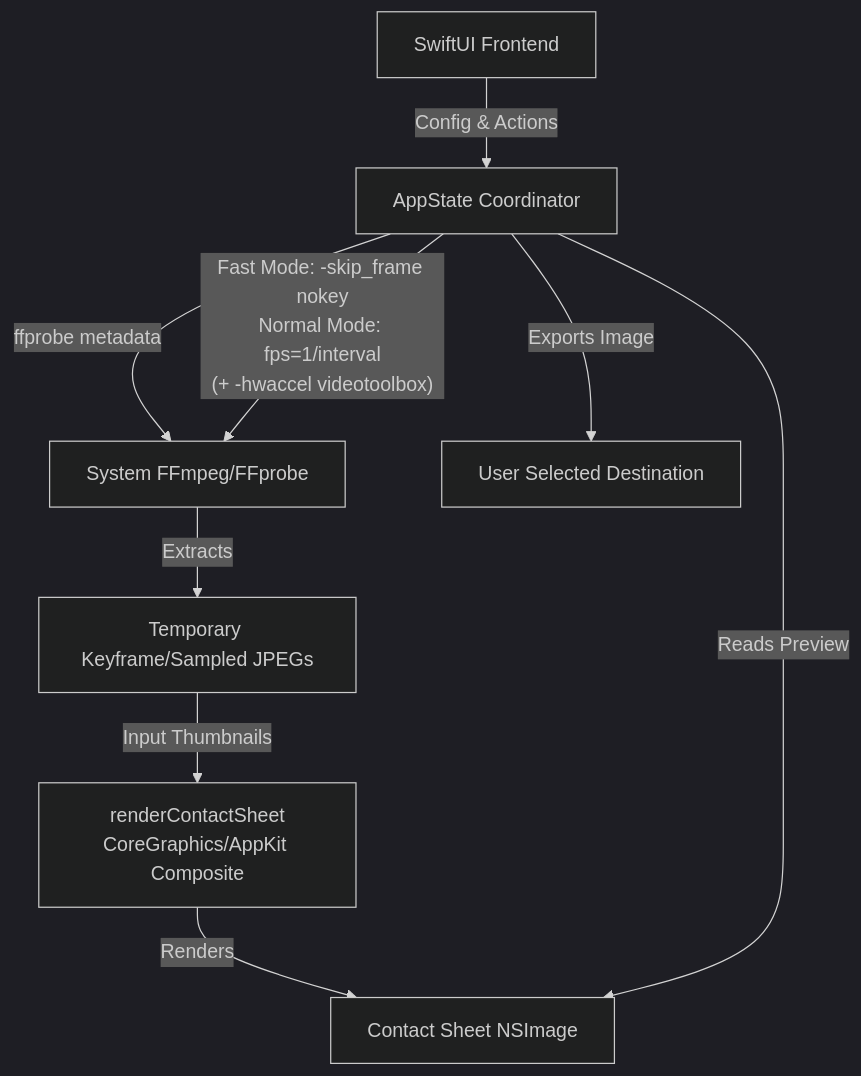
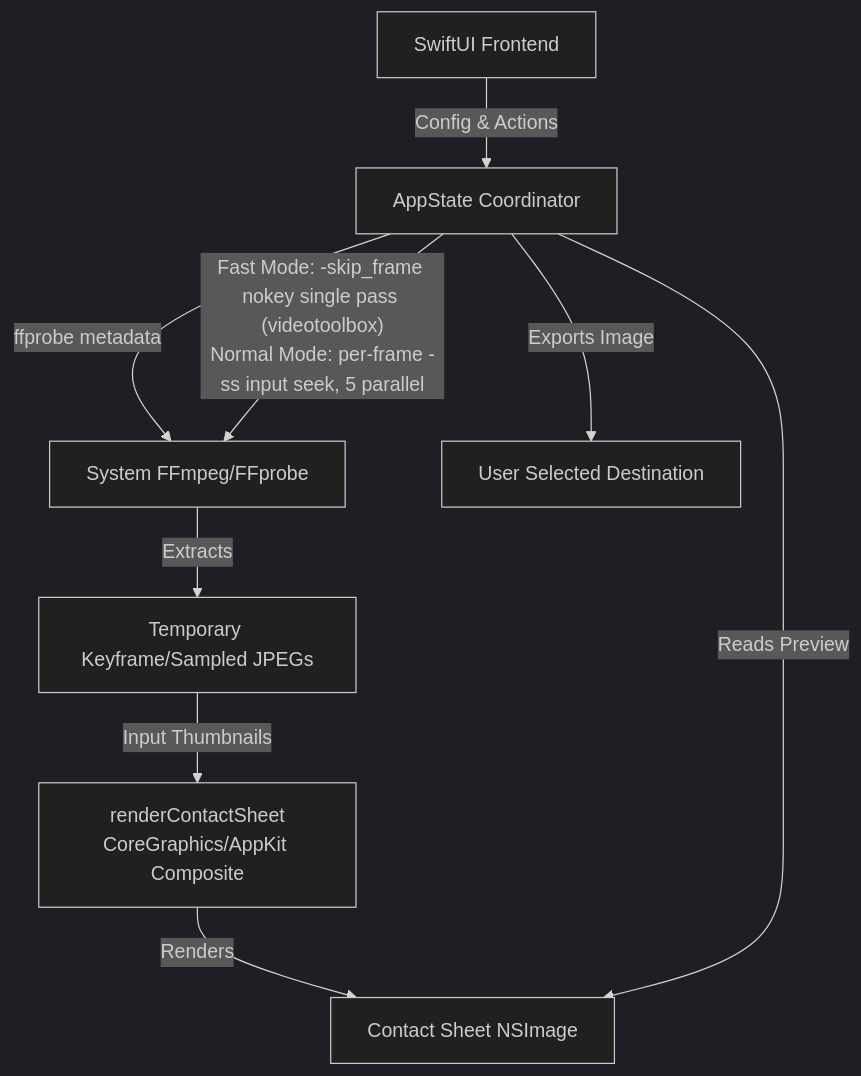
Before and after one commit to kni927/FrameSheet: the diagram in docs/architecture.md, drawn with Mermaid (dark theme). The commit also changed other lines of this file and 3 other files, not shown here.

First line of the commit message:
perf: parallel per-frame input seeking for normal-mode extraction

````diff
--- a/docs/architecture.md
+++ b/docs/architecture.md
@@ -7,11 +7,11 @@
 ```mermaid
 graph TD
     A[SwiftUI Frontend] -->|Config & Actions| B[AppState Coordinator]
     B -->|ffprobe metadata| D[System FFmpeg/FFprobe]
-    B -->|"Fast Mode: -skip_frame nokey<br/>Normal Mode: fps=1/interval<br/>(+ -hwaccel videotoolbox)"| D
+    B -->|"Fast Mode: -skip_frame nokey single pass (videotoolbox)<br/>Normal Mode: per-frame -ss input seek, 5 parallel"| D
     D -->|Extracts| E[Temporary Keyframe/Sampled JPEGs]
     E -->|Input Thumbnails| G[renderContactSheet<br/>CoreGraphics/AppKit Composite]
     G -->|Renders| H[Contact Sheet NSImage]
     B -->|Reads Preview| H
     B -->|Exports Image| F[User Selected Destination]
 ```
````
